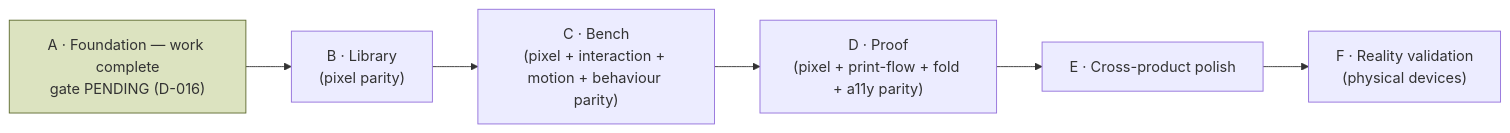
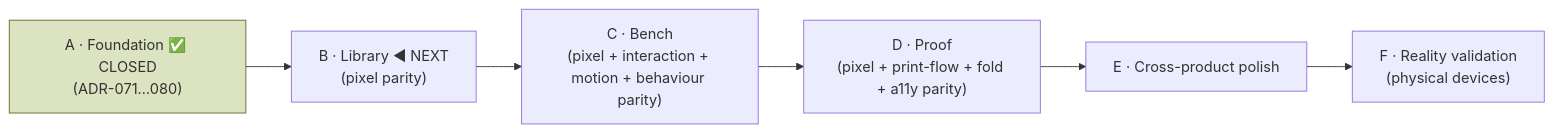
One commit to aritr-codes/zinely-android changed the diagram in docs/COMPOSE-V2-ROADMAP.md. Above: the diagram before and after it, drawn with Mermaid. The commit also changed other lines of this file and 10 other files, not shown here.

````diff
--- a/docs/COMPOSE-V2-ROADMAP.md
+++ b/docs/COMPOSE-V2-ROADMAP.md
@@ -32,9 +34,9 @@
 ```mermaid
 flowchart LR
-    A["A · Foundation — work complete\ngate PENDING (D-016)"] --> B["B · Library\n(pixel parity)"]
+    A["A · Foundation ✅ CLOSED\n(ADR-071…080)"] --> B["B · Library ◀ NEXT\n(pixel parity)"]
     B --> C["C · Bench\n(pixel + interaction + motion + behaviour parity)"]
     C --> D["D · Proof\n(pixel + print-flow + fold + a11y parity)"]
     D --> E["E · Cross-product polish"]
     E --> F["F · Reality validation\n(physical devices)"]
     style A fill:#DCE3C0,stroke:#5E6B2F
 ```
````
